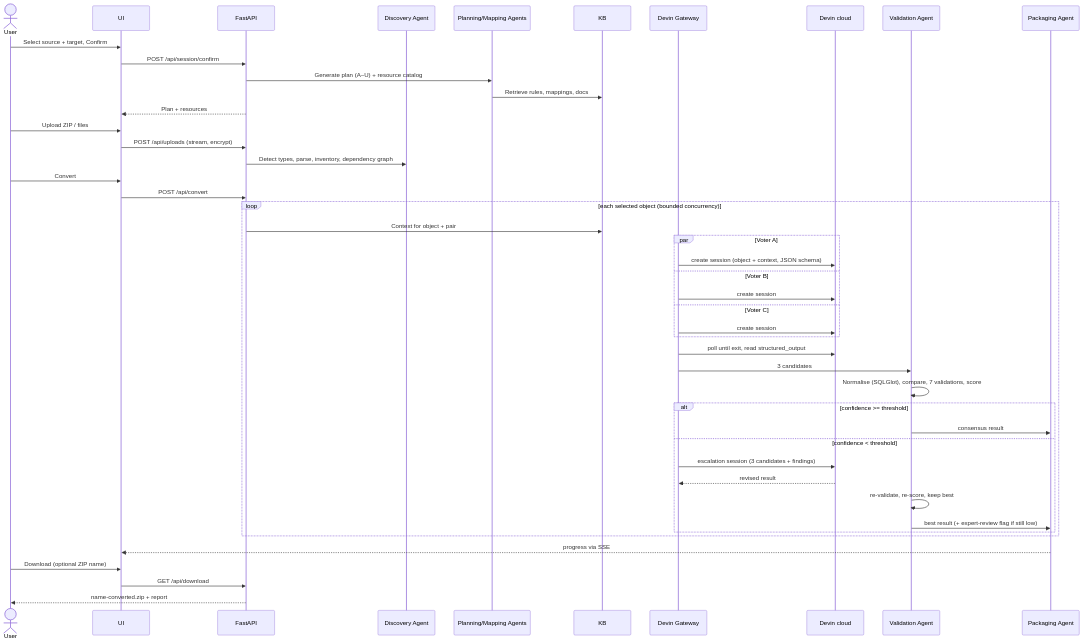
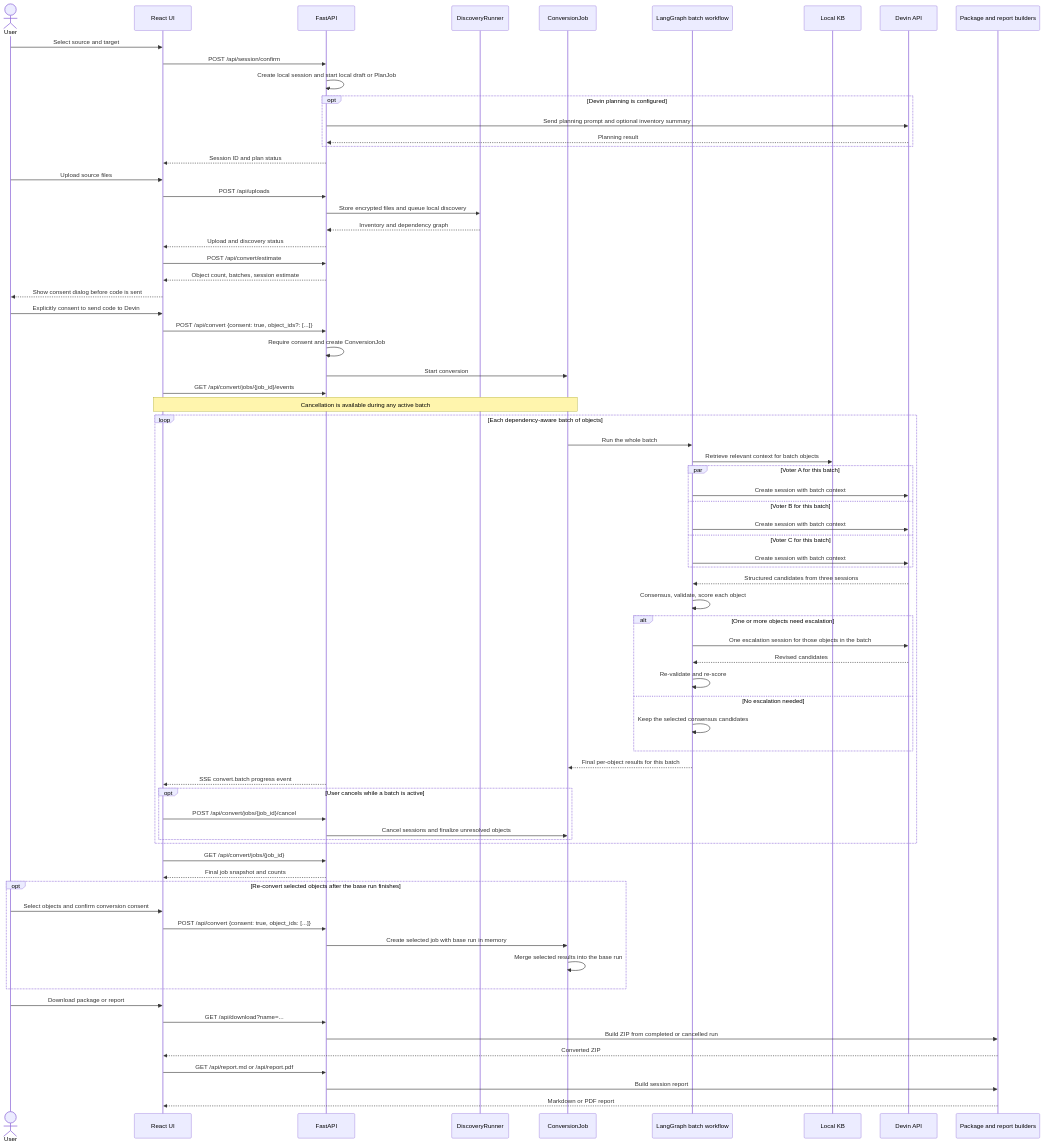
The diagram in docs/diagrams/sequence.mmd (Cognition-Partner-Workshops/DWHMigrationDemo), drawn with Mermaid before and after one commit. The commit also changed 15 other files, not shown here.

Commit message:
docs(phase7): package guides and verified diagrams

```diff
--- a/docs/diagrams/sequence.mmd
+++ b/docs/diagrams/sequence.mmd
@@ -1,46 +1,74 @@
 sequenceDiagram
   actor User
-  participant UI
+  participant UI as React UI
   participant API as FastAPI
-  participant DA as Discovery Agent
-  participant PA as Planning/Mapping Agents
-  participant KB
-  participant GW as Devin Gateway
-  participant DV as Devin cloud
-  participant VA as Validation Agent
-  participant PK as Packaging Agent
-  User->>UI: Select source + target, Confirm
+  participant DISC as DiscoveryRunner
+  participant JOB as ConversionJob
+  participant WF as LangGraph batch workflow
+  participant KB as Local KB
+  participant DV as Devin API
+  participant PKG as Package and report builders
+
+  User->>UI: Select source and target
   UI->>API: POST /api/session/confirm
-  API->>PA: Generate plan (A–U) + resource catalog
-  PA->>KB: Retrieve rules, mappings, docs
-  API-->>UI: Plan + resources
-  User->>UI: Upload ZIP / files
-  UI->>API: POST /api/uploads (stream, encrypt)
-  API->>DA: Detect types, parse, inventory, dependency graph
-  User->>UI: Convert
-  UI->>API: POST /api/convert
-  loop each selected object (bounded concurrency)
-    API->>KB: Context for object + pair
-    par Voter A
-      GW->>DV: create session (object + context, JSON schema)
-    and Voter B
-      GW->>DV: create session
-    and Voter C
-      GW->>DV: create session
+  API->>API: Create local session and start local draft or PlanJob
+  opt Devin planning is configured
+    API->>DV: Send planning prompt and optional inventory summary
+    DV-->>API: Planning result
+  end
+  API-->>UI: Session ID and plan status
+  User->>UI: Upload source files
+  UI->>API: POST /api/uploads
+  API->>DISC: Store encrypted files and queue local discovery
+  DISC-->>API: Inventory and dependency graph
+  API-->>UI: Upload and discovery status
+  UI->>API: POST /api/convert/estimate
+  API-->>UI: Object count, batches, session estimate
+  UI-->>User: Show consent dialog before code is sent
+  User->>UI: Explicitly consent to send code to Devin
+  UI->>API: POST /api/convert {consent: true, object_ids?: [...]}
+  API->>API: Require consent and create ConversionJob
+  API->>JOB: Start conversion
+  UI->>API: GET /api/convert/jobs/{job_id}/events
+  Note over UI,JOB: Cancellation is available during any active batch
+  loop Each dependency-aware batch of objects
+    JOB->>WF: Run the whole batch
+    WF->>KB: Retrieve relevant context for batch objects
+    par Voter A for this batch
+      WF->>DV: Create session with batch context
+    and Voter B for this batch
+      WF->>DV: Create session with batch context
+    and Voter C for this batch
+      WF->>DV: Create session with batch context
     end
-    GW->>DV: poll until exit, read structured_output
-    GW->>VA: 3 candidates
-    VA->>VA: Normalise (SQLGlot), compare, 7 validations, score
-    alt confidence >= threshold
-      VA->>PK: consensus result
-    else confidence < threshold
-      GW->>DV: escalation session (3 candidates + findings)
-      DV-->>GW: revised result
-      VA->>VA: re-validate, re-score, keep best
-      VA->>PK: best result (+ expert-review flag if still low)
+    DV-->>WF: Structured candidates from three sessions
+    WF->>WF: Consensus, validate, score each object
+    alt One or more objects need escalation
+      WF->>DV: One escalation session for those objects in the batch
+      DV-->>WF: Revised candidates
+      WF->>WF: Re-validate and re-score
+    else No escalation needed
+      WF->>WF: Keep the selected consensus candidates
+    end
+    WF-->>JOB: Final per-object results for this batch
+    API-->>UI: SSE convert.batch progress event
+    opt User cancels while a batch is active
+      UI->>API: POST /api/convert/jobs/{job_id}/cancel
+      API->>JOB: Cancel sessions and finalize unresolved objects
     end
   end
-  PK-->>UI: progress via SSE
-  User->>UI: Download (optional ZIP name)
-  UI->>API: GET /api/download
-  API-->>User: name-converted.zip + report
+  UI->>API: GET /api/convert/jobs/{job_id}
+  API-->>UI: Final job snapshot and counts
+  opt Re-convert selected objects after the base run finishes
+    User->>UI: Select objects and confirm conversion consent
+    UI->>API: POST /api/convert {consent: true, object_ids: [...]}
+    API->>JOB: Create selected job with base run in memory
+    JOB->>JOB: Merge selected results into the base run
+  end
+  User->>UI: Download package or report
+  UI->>API: GET /api/download?name=...
+  API->>PKG: Build ZIP from completed or cancelled run
+  PKG-->>UI: Converted ZIP
+  UI->>API: GET /api/report.md or /api/report.pdf
+  API->>PKG: Build session report
+  PKG-->>UI: Markdown or PDF report
```
